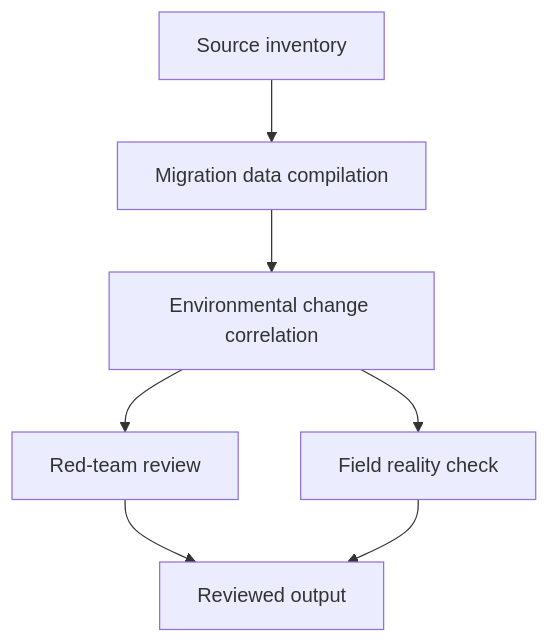
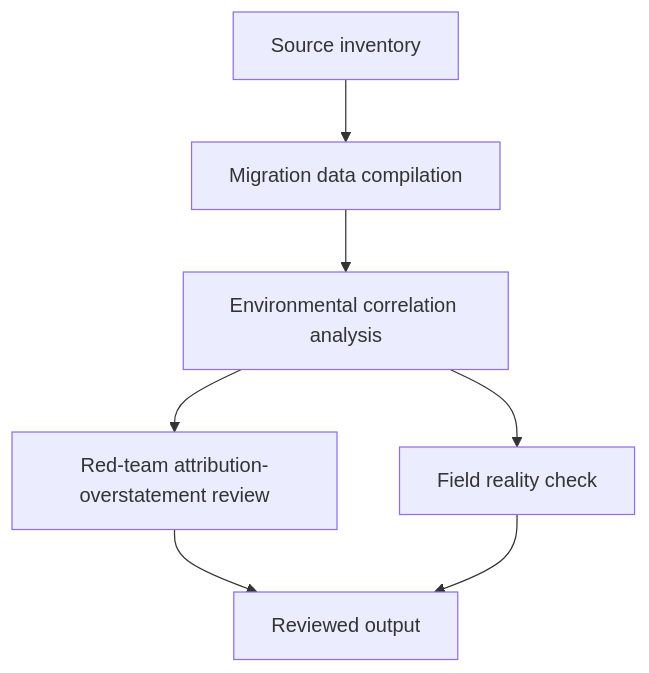
Before and after one commit to Open-Problem-Lab/open-problem-lab: the diagram in problem-packs/disaster-resilience/climate-migration-south-asia/task-map.md, drawn with Mermaid. The commit also changed other lines of this file and 8 other files, not shown here.

````diff
--- a/problem-packs/disaster-resilience/climate-migration-south-asia/task-map.md
+++ b/problem-packs/disaster-resilience/climate-migration-south-asia/task-map.md
@@ -9,9 +9,9 @@
 ```mermaid
 flowchart TD
   A["Source inventory"] --> B["Migration data compilation"]
-  B --> C["Environmental change correlation"]
-  C --> D["Red-team review"]
+  B --> C["Environmental correlation analysis"]
+  C --> D["Red-team attribution-overstatement review"]
   C --> E["Field reality check"]
   D --> F["Reviewed output"]
   E --> F
 ```
````
